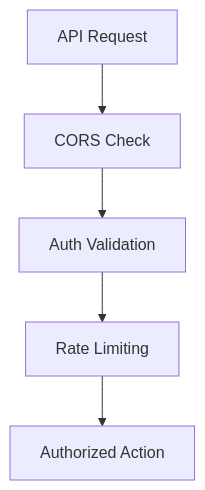
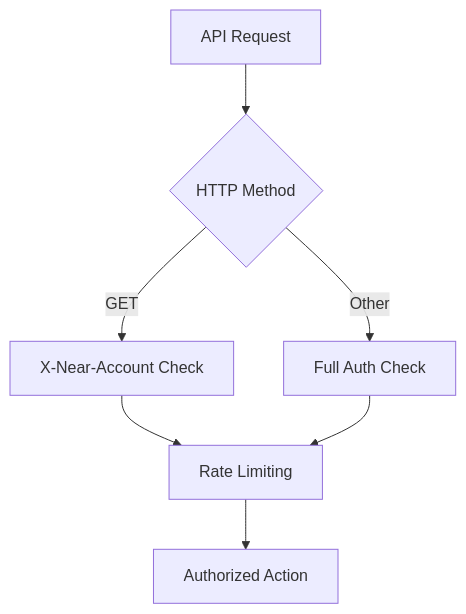
One commit to open-crosspost/open-crosspost-proxy-service changed the sixth of 7 diagrams in memory-bank/security-plan.md. Above: the diagram before and after it, drawn with Mermaid. The commit also changed other lines of this file and 22 other files, not shown here.

Commit message:
setNearAccount, enhance sdk with response types

````diff
--- a/memory-bank/security-plan.md
+++ b/memory-bank/security-plan.md
@@ -74,7 +97,9 @@
 ```mermaid
 flowchart TD
-    Request[API Request] --> CORS[CORS Check]
-    CORS --> Auth[Auth Validation]
-    Auth --> Rate[Rate Limiting]
+    Request[API Request] --> Method{HTTP Method}
+    Method -->|GET| Header[X-Near-Account Check]
+    Method -->|Other| Auth[Full Auth Check]
+    Header --> Rate[Rate Limiting]
+    Auth --> Rate
     Rate --> Action[Authorized Action]
 ```
````
